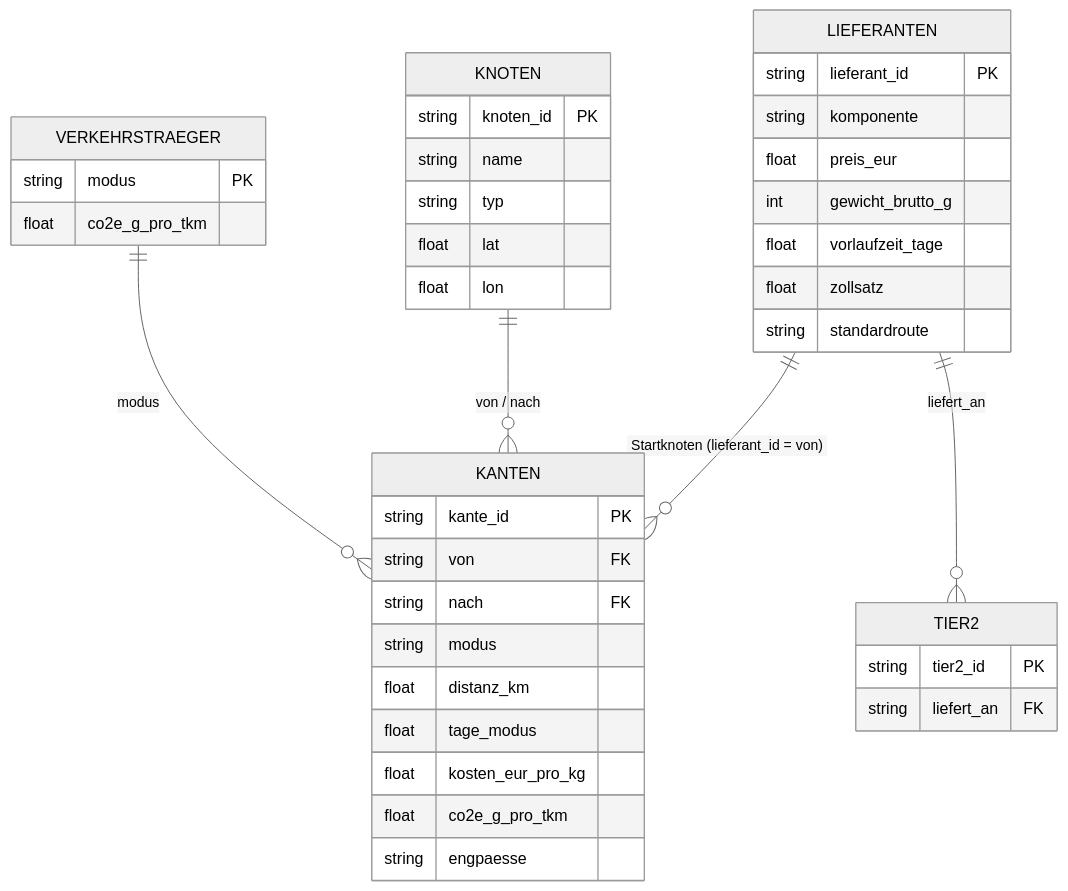
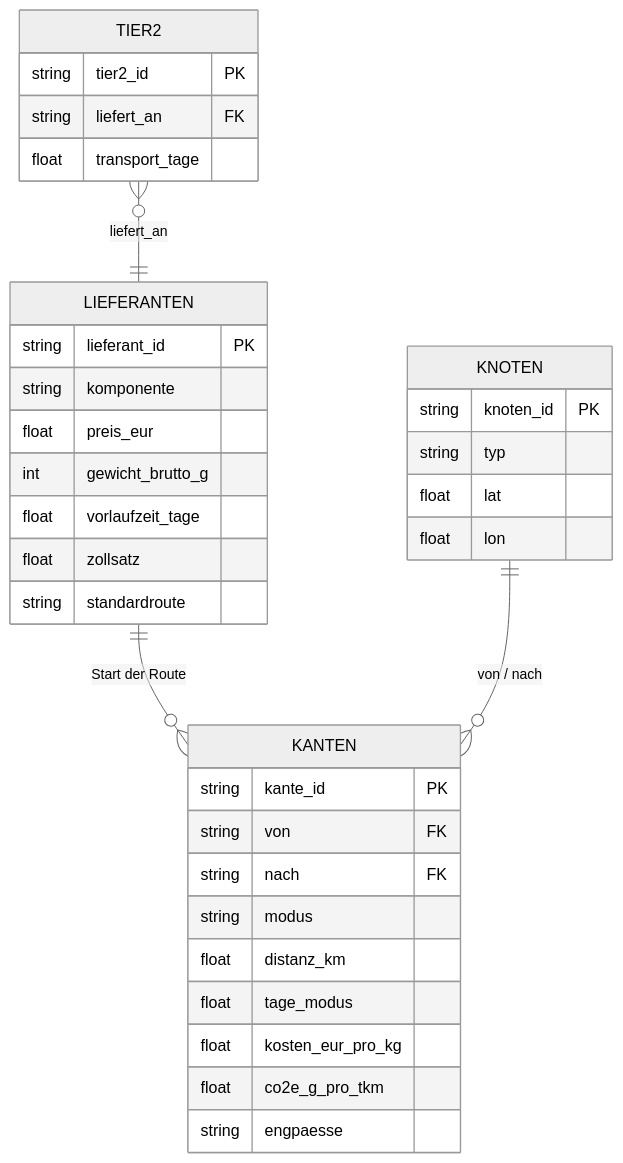
One commit to AimeeElaineGrundei/SCM_software changed the fifth of 5 diagrams in docs/ARCHITEKTUR.md. Above: the diagram before and after it, drawn with Mermaid (neutral theme). The commit also changed other lines of this file and 27 other files, not shown here.

````diff
--- a/docs/ARCHITEKTUR.md
+++ b/docs/ARCHITEKTUR.md
@@ -120,43 +143,37 @@
 ```mermaid
 erDiagram
-    LIEFERANTEN ||--o{ KANTEN : "Startknoten (lieferant_id = von)"
+    LIEFERANTEN ||--o{ KANTEN : "Start der Route"
     KNOTEN ||--o{ KANTEN : "von / nach"
-    LIEFERANTEN ||--o{ TIER2 : "liefert_an"
-    VERKEHRSTRAEGER ||--o{ KANTEN : modus
-
+    TIER2 }o--|| LIEFERANTEN : "liefert_an"
     LIEFERANTEN {
         string lieferant_id PK
         string komponente
         float preis_eur
         int gewicht_brutto_g
         float vorlaufzeit_tage
         float zollsatz
         string standardroute
     }
+    TIER2 {
+        string tier2_id PK
+        string liefert_an FK
+        float transport_tage
+    }
     KNOTEN {
         string knoten_id PK
-        string name
         string typ
         float lat
         float lon
     }
     KANTEN {
         string kante_id PK
         string von FK
         string nach FK
         string modus
         float distanz_km
         float tage_modus
         float kosten_eur_pro_kg
         float co2e_g_pro_tkm
         string engpaesse
     }
-    TIER2 {
-        string tier2_id PK
-        string liefert_an FK
-    }
-    VERKEHRSTRAEGER {
-        string modus PK
-        float co2e_g_pro_tkm
-    }
 ```
````
